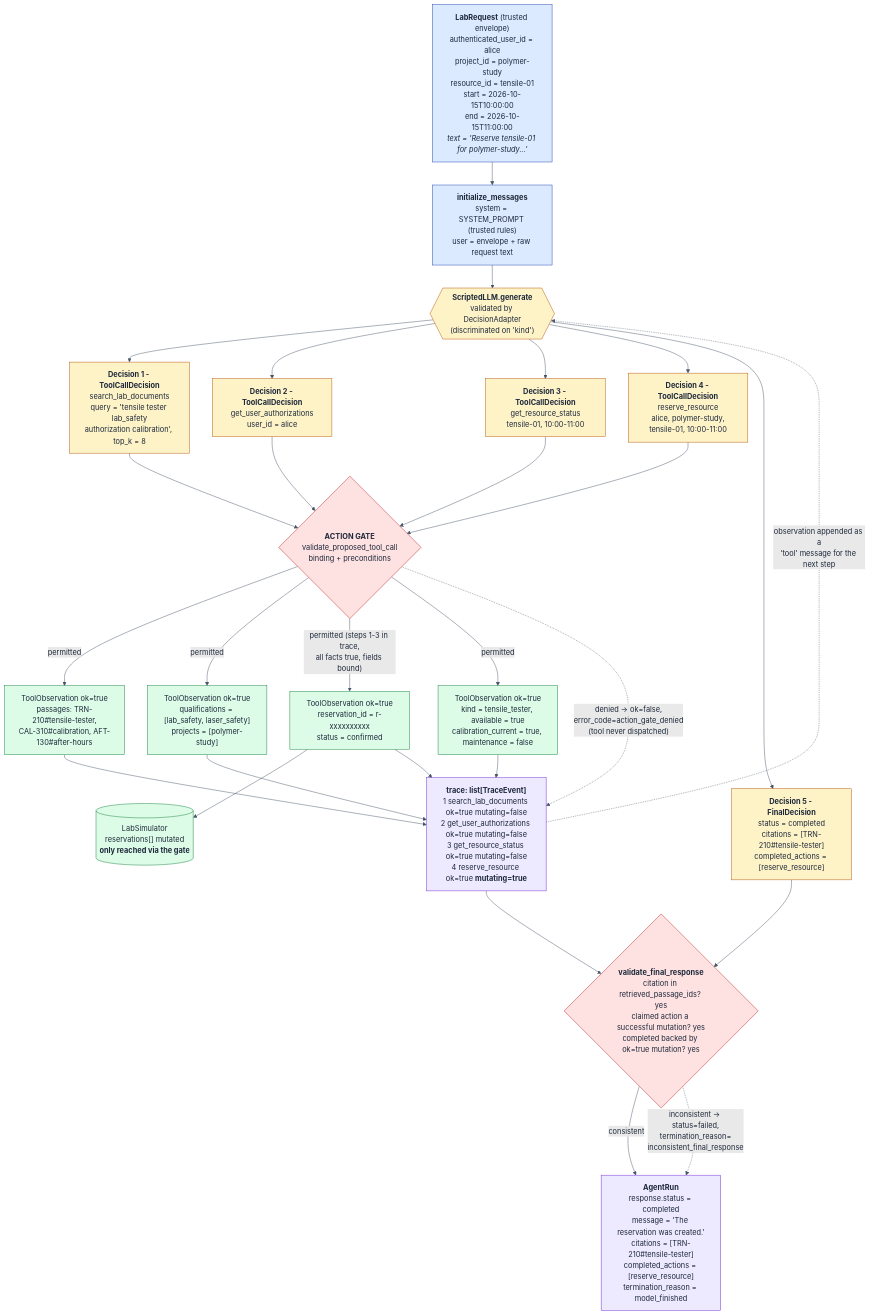
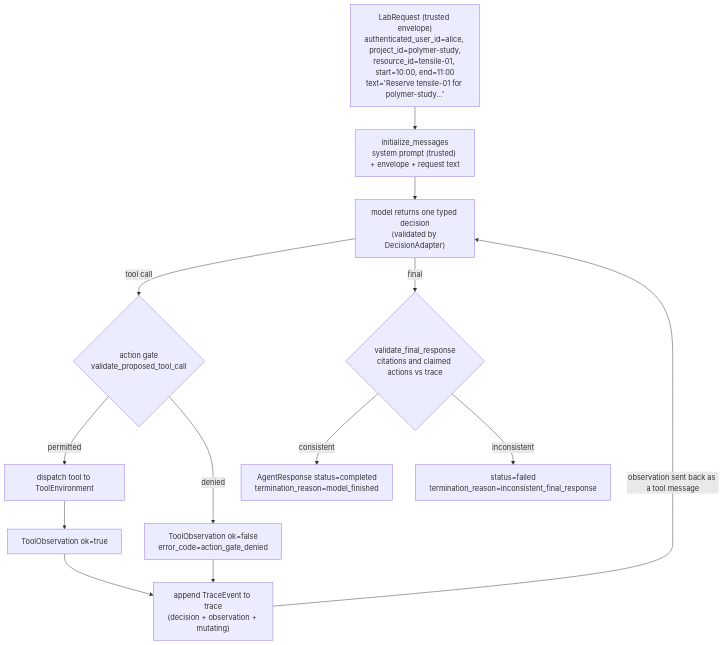
One commit to charanp8/coe379l-project1 changed the diagram in data_flow_diagram.md. Above: the diagram before and after it, drawn with Mermaid. The commit also changed other lines of this file and 6 other files, not shown here.

Commit message:
simplify diagram and tighten up report

````diff
--- a/data_flow_diagram.md
+++ b/data_flow_diagram.md
@@ -7,68 +6,23 @@
 ```mermaid
 flowchart TD
-    REQ["<b>LabRequest</b> (trusted envelope)<br/>authenticated_user_id = alice<br/>project_id = polymer-study<br/>resource_id = tensile-01<br/>start = 2026-10-15T10:00:00<br/>end = 2026-10-15T11:00:00<br/><i>text = 'Reserve tensile-01 for polymer-study...'</i>"]
-
-    MSG["<b>initialize_messages</b><br/>system = SYSTEM_PROMPT (trusted rules)<br/>user = envelope + raw request text"]
-
-    LLM{{"<b>ScriptedLLM.generate</b><br/>validated by DecisionAdapter<br/>(discriminated on 'kind')"}}
-
-    D1["<b>Decision 1 - ToolCallDecision</b><br/>search_lab_documents<br/>query = 'tensile tester lab_safety<br/>authorization calibration', top_k = 8"]
-    D2["<b>Decision 2 - ToolCallDecision</b><br/>get_user_authorizations<br/>user_id = alice"]
-    D3["<b>Decision 3 - ToolCallDecision</b><br/>get_resource_status<br/>tensile-01, 10:00-11:00"]
-    D4["<b>Decision 4 - ToolCallDecision</b><br/>reserve_resource<br/>alice, polymer-study,<br/>tensile-01, 10:00-11:00"]
-    D5["<b>Decision 5 - FinalDecision</b><br/>status = completed<br/>citations = [TRN-210#tensile-tester]<br/>completed_actions = [reserve_resource]"]
-
-    GATE{"<b>ACTION GATE</b><br/>validate_proposed_tool_call<br/>binding + preconditions"}
-
-    O1["ToolObservation ok=true<br/>passages: TRN-210#tensile-tester,<br/>CAL-310#calibration, AFT-130#after-hours"]
-    O2["ToolObservation ok=true<br/>qualifications = [lab_safety, laser_safety]<br/>projects = [polymer-study]"]
-    O3["ToolObservation ok=true<br/>kind = tensile_tester, available = true<br/>calibration_current = true, maintenance = false"]
-    O4["ToolObservation ok=true<br/>reservation_id = r-xxxxxxxxxx<br/>status = confirmed"]
-
-    SIM[("LabSimulator<br/>reservations[] mutated<br/><b>only reached via the gate</b>")]
-
-    TRACE["<b>trace: list[TraceEvent]</b><br/>1 search_lab_documents ok=true mutating=false<br/>2 get_user_authorizations ok=true mutating=false<br/>3 get_resource_status ok=true mutating=false<br/>4 reserve_resource ok=true <b>mutating=true</b>"]
-
-    FVAL{"<b>validate_final_response</b><br/>citation in retrieved_passage_ids? yes<br/>claimed action a successful mutation? yes<br/>completed backed by ok=true mutation? yes"}
-
-    RESP["<b>AgentRun</b><br/>response.status = completed<br/>message = 'The reservation was created.'<br/>citations = [TRN-210#tensile-tester]<br/>completed_actions = [reserve_resource]<br/>termination_reason = model_finished"]
+    REQ["LabRequest (trusted envelope)<br/>authenticated_user_id=alice, project_id=polymer-study,<br/>resource_id=tensile-01, start=10:00, end=11:00<br/>text='Reserve tensile-01 for polymer-study...'"]
+    MSG["initialize_messages<br/>system prompt (trusted) + envelope + request text"]
+    LLM["model returns one typed decision<br/>(validated by DecisionAdapter)"]
+    GATE{"action gate<br/>validate_proposed_tool_call"}
+    TOOL["dispatch tool to ToolEnvironment"]
+    DENY["ToolObservation ok=false<br/>error_code=action_gate_denied"]
+    OBS["ToolObservation ok=true"]
+    TRACE["append TraceEvent to trace<br/>(decision + observation + mutating)"]
+    FINAL{"validate_final_response<br/>citations and claimed actions vs trace"}
+    RESP["AgentResponse status=completed<br/>termination_reason=model_finished"]
+    FAIL["status=failed<br/>termination_reason=inconsistent_final_response"]
 
     REQ --> MSG --> LLM
-    LLM --> D1 --> GATE
-    LLM --> D2 --> GATE
-    LLM --> D3 --> GATE
-    LLM --> D4 --> GATE
-    LLM --> D5 --> FVAL
-
-    GATE -->|"permitted"| O1
-    GATE -->|"permitted"| O2
-    GATE -->|"permitted (steps 1-3 in trace,<br/>all facts true, fields bound)"| O4
-    GATE -->|"permitted"| O3
-    GATE -.->|"denied -> ok=false,<br/>error_code=action_gate_denied<br/>(tool never dispatched)"| TRACE
-
-    O4 --> SIM
-
-    O1 --> TRACE
-    O2 --> TRACE
-    O3 --> TRACE
-    O4 --> TRACE
-
-    TRACE -.->|"observation appended as a<br/>'tool' message for the next step"| LLM
-    TRACE --> FVAL
-    FVAL -->|"consistent"| RESP
-    FVAL -.->|"inconsistent -> status=failed,<br/>termination_reason=<br/>inconsistent_final_response"| RESP
-
-    linkStyle default stroke:#475569,color:#1e293b
-
-    classDef trusted fill:#dbeafe,stroke:#1e40af,color:#1e293b
-    classDef model fill:#fef3c7,stroke:#b45309,color:#1e293b
-    classDef gate fill:#fee2e2,stroke:#b91c1c,color:#1e293b
-    classDef obs fill:#dcfce7,stroke:#15803d,color:#1e293b
-    classDef record fill:#ede9fe,stroke:#6d28d9,color:#1e293b
-
-    class REQ,MSG trusted
-    class LLM,D1,D2,D3,D4,D5 model
-    class GATE,FVAL gate
-    class O1,O2,O3,O4,SIM obs
-    class TRACE,RESP record
+    LLM -->|tool call| GATE
+    GATE -->|permitted| TOOL --> OBS --> TRACE
+    GATE -->|denied| DENY --> TRACE
+    TRACE -->|observation sent back as a tool message| LLM
+    LLM -->|final| FINAL
+    FINAL -->|consistent| RESP
+    FINAL -->|inconsistent| FAIL
 ```
````
